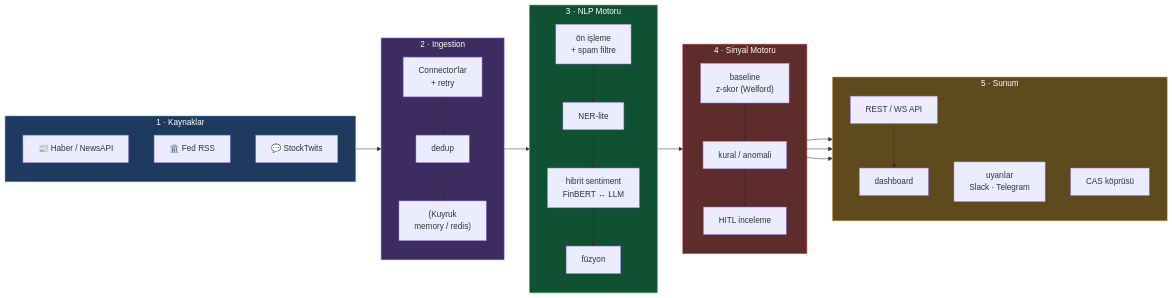
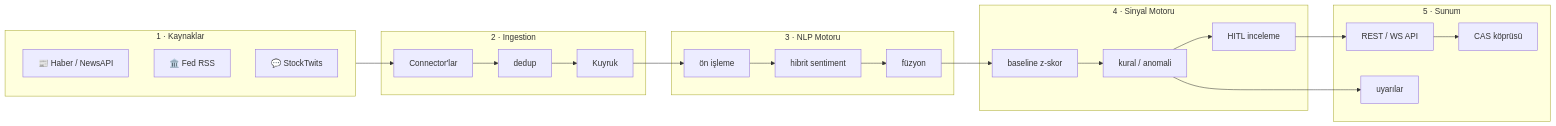
The first of 2 diagrams in README.md (7mertyavuz/macro-sentiment-agent), drawn with Mermaid before and after one commit. The commit also changed other lines of this file, not shown here.

````diff
--- a/README.md
+++ b/README.md
@@ -86,46 +40,32 @@
 ```mermaid
 flowchart LR
     subgraph SRC["1 · Kaynaklar"]
-        direction TB
         N["📰 Haber / NewsAPI"]
         F["🏛️ Fed RSS"]
         S["💬 StockTwits"]
     end
     subgraph ING["2 · Ingestion"]
-        direction TB
-        C["Connector'lar<br/>+ retry"]
+        C["Connector'lar"]
         D["dedup"]
-        Q["(Kuyruk<br/>memory / redis)"]
+        Q["Kuyruk"]
     end
     subgraph NLP["3 · NLP Motoru"]
-        direction TB
-        PRE["ön işleme<br/>+ spam filtre"]
-        ENT["NER-lite"]
-        SENT["hibrit sentiment<br/>FinBERT ↔ LLM"]
+        PRE["ön işleme"]
+        SENT["hibrit sentiment"]
         FUSE["füzyon"]
     end
     subgraph SIG["4 · Sinyal Motoru"]
-        direction TB
-        BASE["baseline<br/>z-skor (Welford)"]
+        BASE["baseline z-skor"]
         RULE["kural / anomali"]
         REV["HITL inceleme"]
     end
     subgraph OUT["5 · Sunum"]
-        direction TB
         API["REST / WS API"]
-        ALERT["uyarılar<br/>Slack · Telegram"]
-        DASH["dashboard"]
+        ALERT["uyarılar"]
         CAS["CAS köprüsü"]
     end
 
-    SRC --> C --> D --> Q --> PRE --> ENT --> SENT --> FUSE --> BASE --> RULE --> REV --> API
+    SRC --> C --> D --> Q --> PRE --> SENT --> FUSE --> BASE --> RULE --> REV --> API
     RULE --> ALERT
-    API --> DASH
-    REV --> CAS
-
-    style SRC fill:#1e3a5f,stroke:#4a90d9,color:#fff
-    style ING fill:#3d2c5f,stroke:#8b5cf6,color:#fff
-    style NLP fill:#0f5132,stroke:#2ea44f,color:#fff
-    style SIG fill:#5f2c2c,stroke:#e05252,color:#fff
-    style OUT fill:#5f4a1e,stroke:#d9a441,color:#fff
+    API --> CAS
 ```
````
